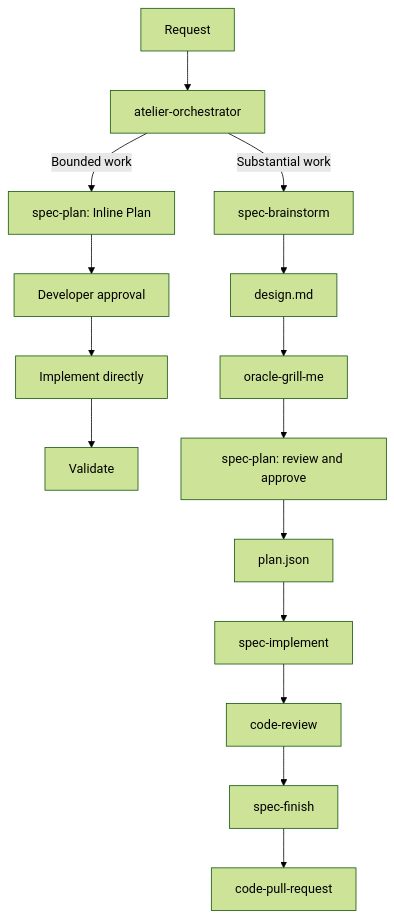
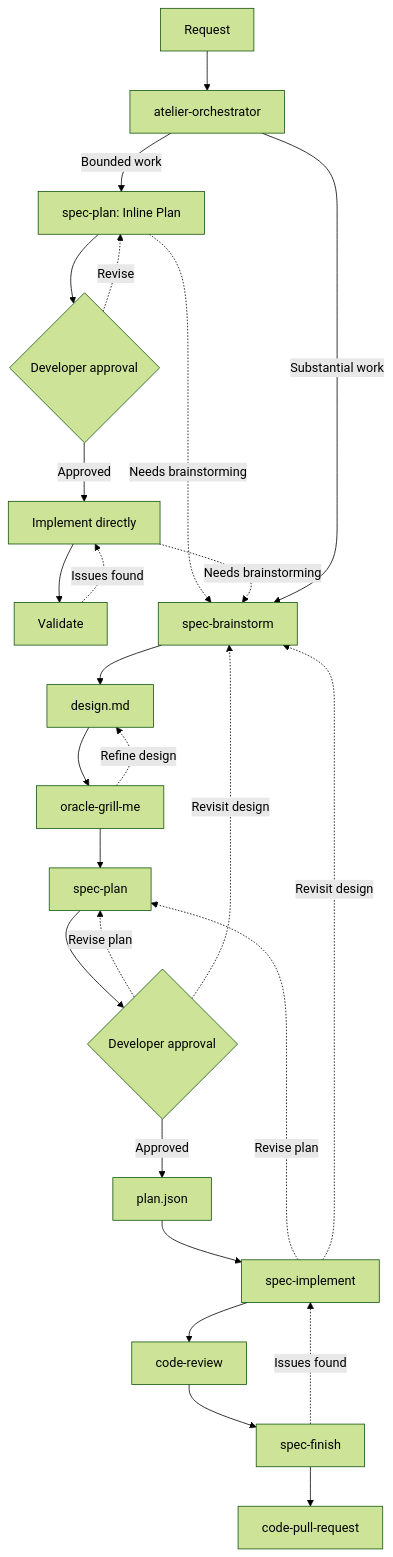
One commit to martinffx/atelier changed the diagram in README.md. Above: the diagram before and after it, drawn with Mermaid (forest theme).

Commit message:
docs(readme): show workflow iteration paths
Add approval, validation, planning, and brainstorming backflows to the diagram.

````diff
--- a/README.md
+++ b/README.md
@@ -18,17 +18,30 @@
 ```mermaid
 flowchart TD
     R[Request] --> O[atelier-orchestrator]
+
     O -->|Bounded work| IP[spec-plan: Inline Plan]
-    IP --> A[Developer approval]
-    A --> I[Implement directly]
+    IP --> IA{Developer approval}
+    IA -->|Approved| I[Implement directly]
+    IA -.->|Revise| IP
     I --> V[Validate]
+    V -.->|Issues found| I
+    IP -.->|Needs brainstorming| B
+    I -.->|Needs brainstorming| B
+
     O -->|Substantial work| B[spec-brainstorm]
     B --> D[design.md]
     D --> G[oracle-grill-me]
-    G --> P[spec-plan: review and approve]
-    P --> J[plan.json]
+    G --> P[spec-plan]
+    G -.->|Refine design| D
+    P --> SA{Developer approval}
+    SA -->|Approved| J[plan.json]
+    SA -.->|Revise plan| P
+    SA -.->|Revisit design| B
     J --> SI[spec-implement]
     SI --> CR[code-review]
     CR --> F[spec-finish]
     F --> PR[code-pull-request]
+    SI -.->|Revise plan| P
+    SI -.->|Revisit design| B
+    F -.->|Issues found| SI
 ```
````
